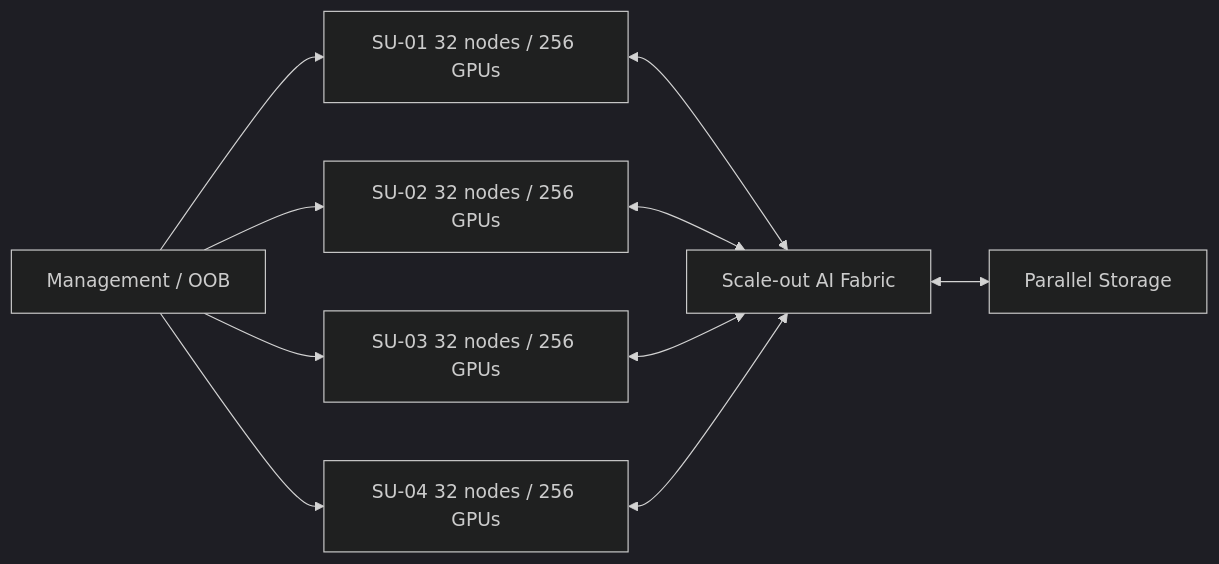
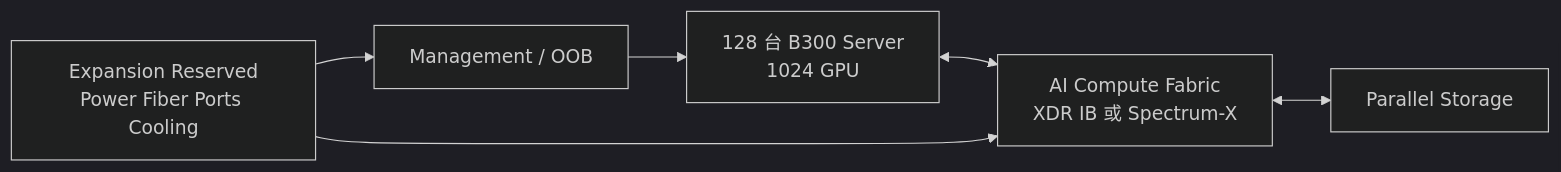
One commit to yandarick/b300-ai-factory-handbook changed the diagram in 08-design-example/128-node-1024gpu.md. Above: the diagram before and after it, drawn with Mermaid (dark theme). The commit also changed other lines of this file, not shown here.

````diff
--- a/08-design-example/128-node-1024gpu.md
+++ b/08-design-example/128-node-1024gpu.md
@@ -15,12 +30,14 @@
 ```mermaid
 flowchart LR
- SU1[SU-01 32 nodes / 256 GPUs] <--> F[Scale-out AI Fabric]
- SU2[SU-02 32 nodes / 256 GPUs] <--> F
- SU3[SU-03 32 nodes / 256 GPUs] <--> F
- SU4[SU-04 32 nodes / 256 GPUs] <--> F
- F <--> ST[Parallel Storage]
- MG[Management / OOB] --> SU1
- MG --> SU2
- MG --> SU3
- MG --> SU4
+ N128[128 台 B300 Server\n1024 GPU]
+ FAB[AI Compute Fabric\nXDR IB 或 Spectrum-X]
+ ST[Parallel Storage]
+ MG[Management / OOB]
+ EXP[Expansion Reserved\nPower Fiber Ports Cooling]
+
+ N128 <--> FAB
+ FAB <--> ST
+ MG --> N128
+ EXP --> FAB
+ EXP --> MG
 ```
````
